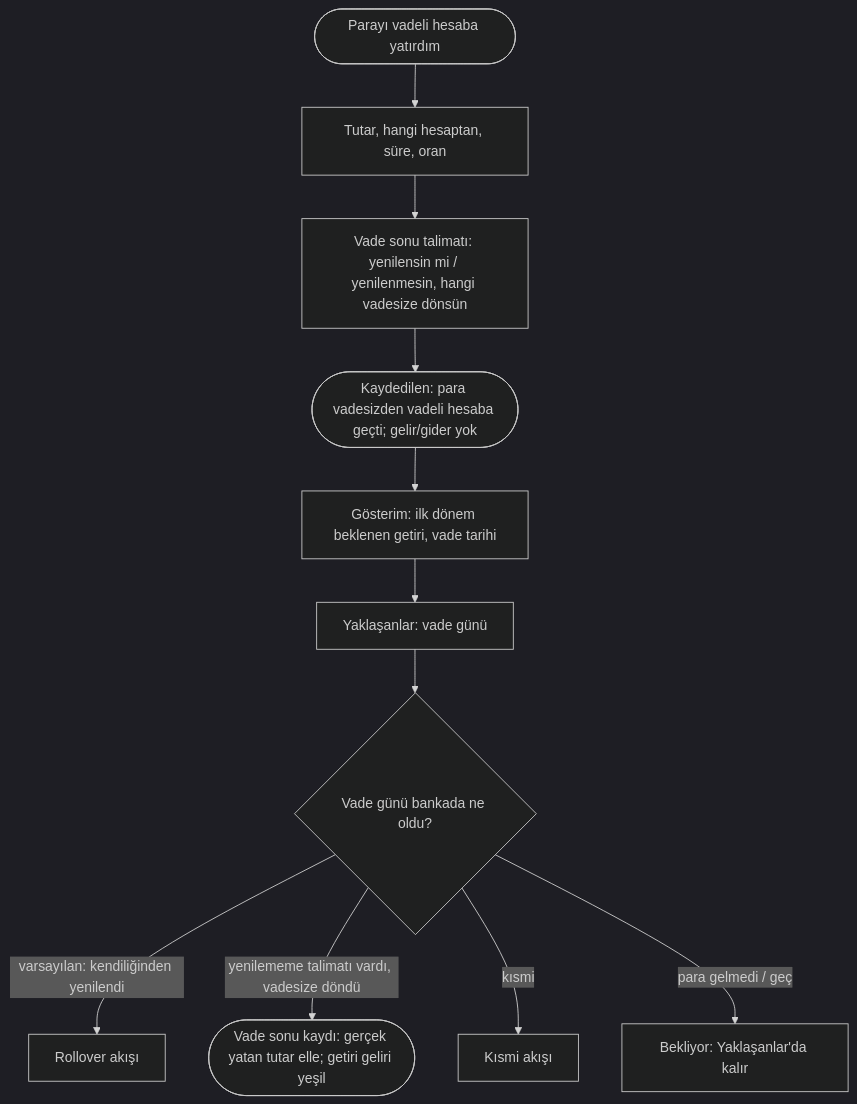
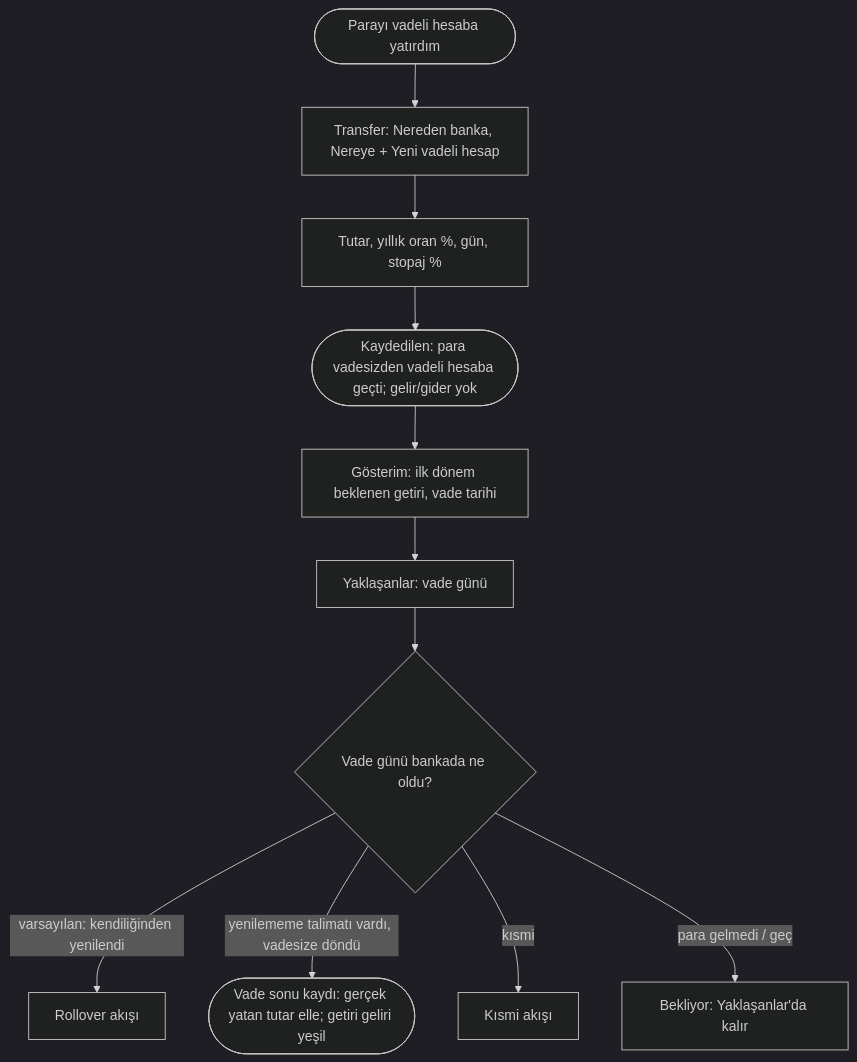
Before and after one commit to akderelianil/aa-finance: the first of 3 diagrams in docs/ux/akislar/AKS-018-vadeli-hesap.md, drawn with Mermaid (dark theme). The commit also changed other lines of this file and 18 other files, not shown here.

````diff
--- a/docs/ux/akislar/AKS-018-vadeli-hesap.md
+++ b/docs/ux/akislar/AKS-018-vadeli-hesap.md
@@ -30,13 +30,13 @@
 ```mermaid
 flowchart TD
-  A([Parayı vadeli hesaba yatırdım]) --> B[Tutar, hangi hesaptan, süre, oran]
-  B --> C[Vade sonu talimatı: yenilensin mi / yenilenmesin, hangi vadesize dönsün]
+  A([Parayı vadeli hesaba yatırdım]) --> B[Transfer: Nereden banka, Nereye + Yeni vadeli hesap]
+  B --> C[Tutar, yıllık oran %, gün, stopaj %]
   C --> D([Kaydedilen: para vadesizden vadeli hesaba geçti; gelir/gider yok])
   D --> E[Gösterim: ilk dönem beklenen getiri, vade tarihi]
   E --> F[Yaklaşanlar: vade günü]
   F --> G{Vade günü bankada ne oldu?}
   G -- varsayılan: kendiliğinden yenilendi --> I[Rollover akışı]
   G -- yenilememe talimatı vardı, vadesize döndü --> H([Vade sonu kaydı: gerçek yatan tutar elle; getiri geliri yeşil])
   G -- kısmi --> J[Kısmi akışı]
   G -- para gelmedi / geç --> K[Bekliyor: Yaklaşanlar'da kalır]
 ```
````
